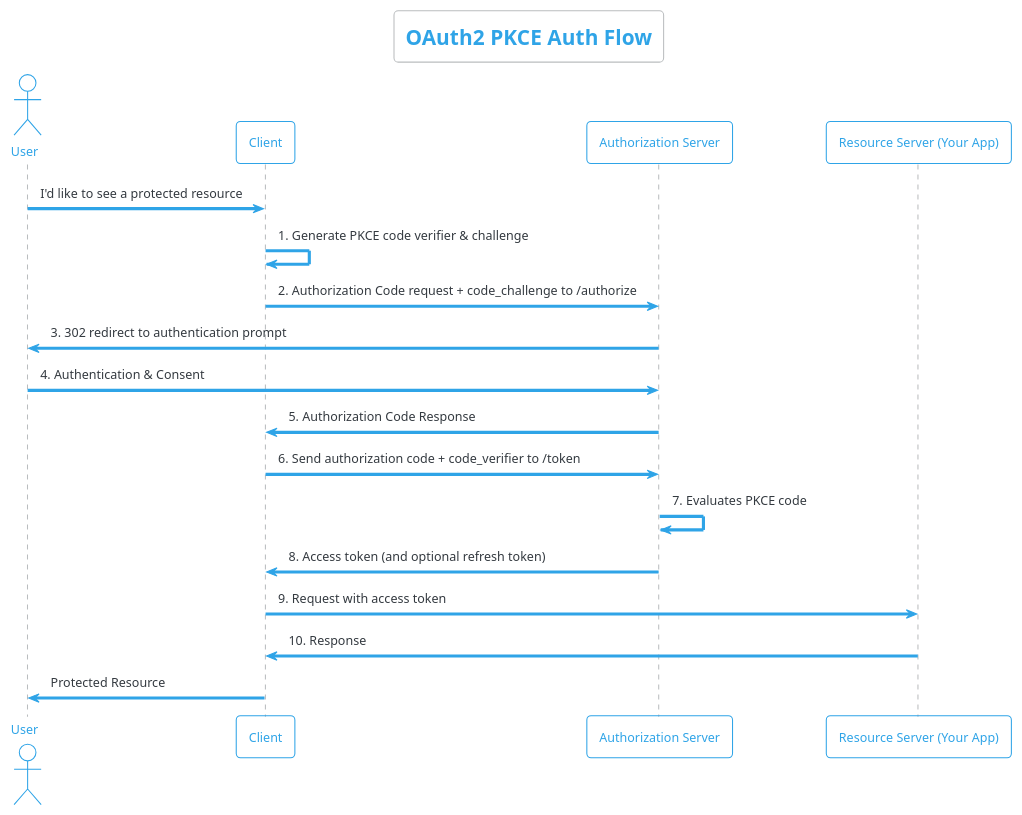
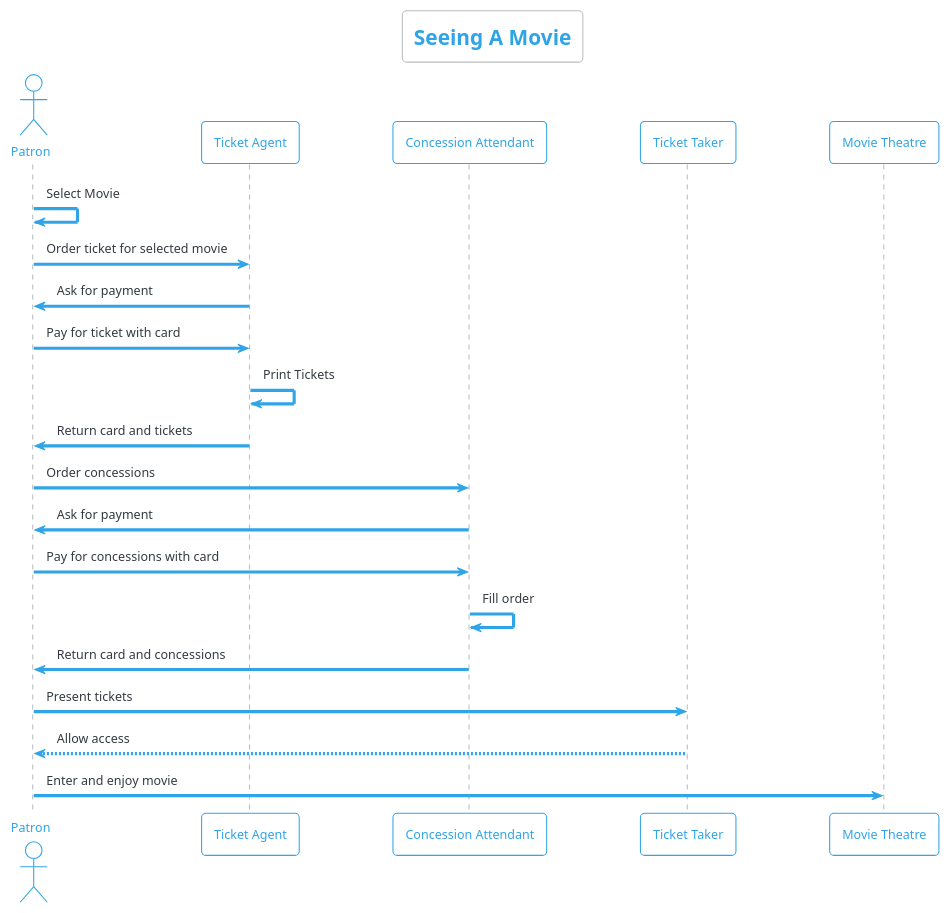
One commit to scotthelm/scotthelm.github.com.raw changed the first of 3 diagrams in _posts/2023-02-04-diagrams-as-text-plantuml.md. Above: the diagram before and after it, drawn with PlantUML. The commit also changed other lines of this file, not shown here.

Commit message:
updated diagram

````diff
--- a/_posts/2023-02-04-diagrams-as-text-plantuml.md
+++ b/_posts/2023-02-04-diagrams-as-text-plantuml.md
@@ -43,23 +43,26 @@
 ```plantuml
 @startuml
 !theme cerulean-outline
-title "OAuth2 PKCE Auth Flow"
-actor U as "User"
-participant C as "Client"
-participant AS as "Authorization Server"
-participant RS as "Resource Server (Your App)"
+title "Seeing A Movie"
+actor P as "Patron"
+participant TA as "Ticket Agent"
+participant CA as "Concession Attendant"
+participant TT as "Ticket Taker"
+participant MT as "Movie Theatre"
 
-U -> C : I'd like to see a protected resource
-C -> C : 1. Generate PKCE code verifier & challenge
-C -> AS : 2. Authorization Code request + code_challenge to /authorize
-AS -> U : 3. 302 redirect to authentication prompt
-U -> AS : 4. Authentication & Consent
-AS -> C : 5. Authorization Code Response
-C -> AS : 6. Send authorization code + code_verifier to /token
-AS -> AS : 7. Evaluates PKCE code
-AS -> C : 8. Access token (and optional refresh token)
-C -> RS : 9. Request with access token
-RS -> C : 10. Response
-C -> U : Protected Resource
+P -> P : Select Movie
+P -> TA : Order ticket for selected movie
+TA -> P : Ask for payment
+P -> TA : Pay for ticket with card
+TA -> TA : Print Tickets
+TA -> P : Return card and tickets
+P -> CA : Order concessions
+CA -> P : Ask for payment
+P -> CA : Pay for concessions with card
+CA -> CA : Fill order
+CA -> P : Return card and concessions
+P -> TT : Present tickets
+TT --> P : Allow access
+P -> MT : Enter and enjoy movie
 @enduml
 ```
````
